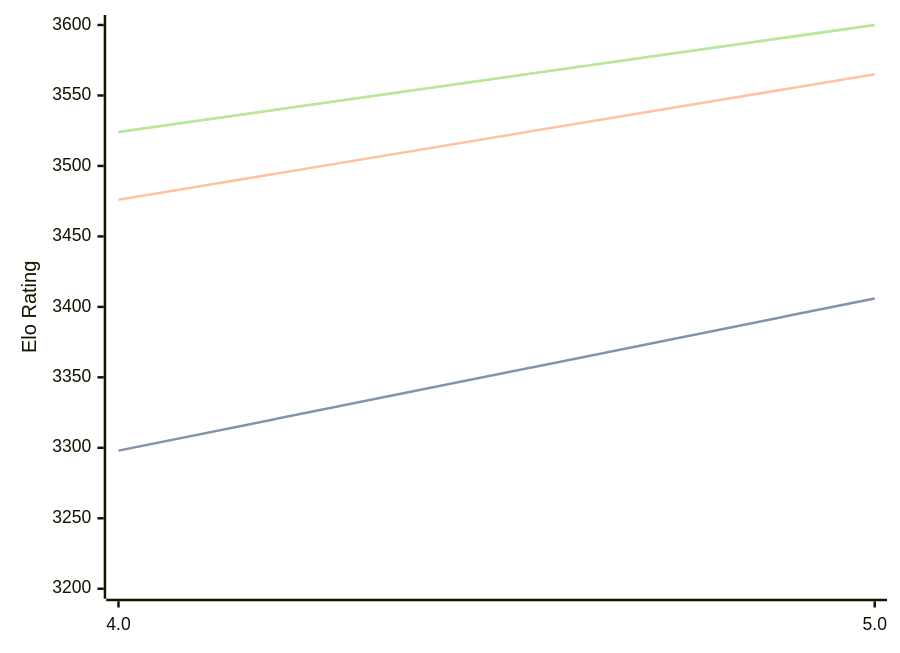
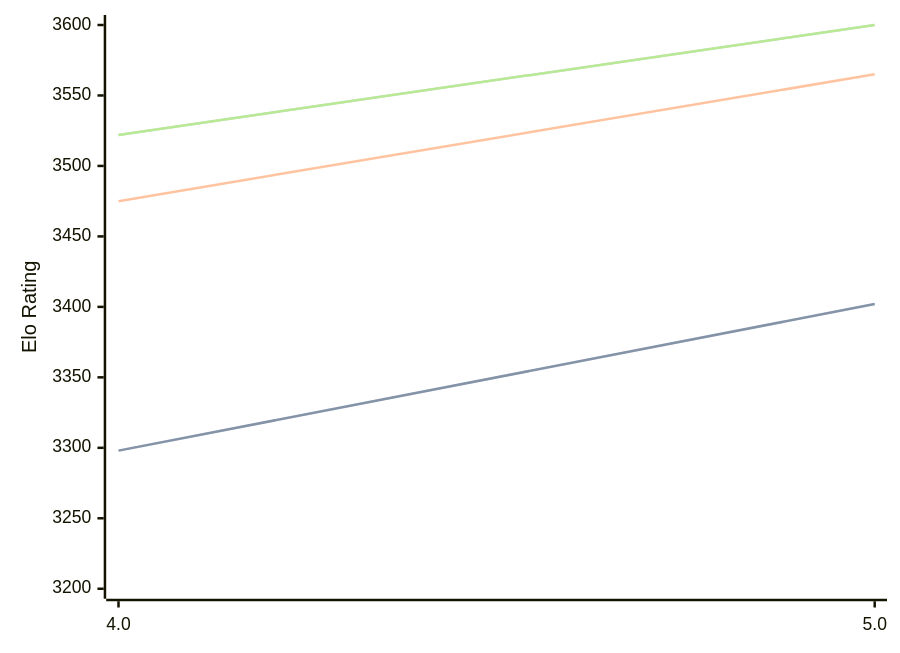
One commit to computer-chess-index/cci changed the diagram in engines/Tarnished.md. Above: the diagram before and after it, drawn with Mermaid. The commit also changed other lines of this file, not shown here.

Commit message:
Update CCI Ratings (ELO VLTC) - 2026-02-28

````diff
--- a/engines/Tarnished.md
+++ b/engines/Tarnished.md
@@ -34,11 +34,11 @@
 ```mermaid
 %%{init: {"theme":"base","themeVariables":{"seriesColors:['#a3a3a3','#222221','#faa371']}}}%%
 xychart-beta
   x-axis ["4.0", "5.0"]
   y-axis "Elo Rating" 3200 --> 3600
-  line "STC (8.0+0.08s)" [3298, 3406]
-  line "STC (8.0+0.08s)" [3298, 3406]
-  line "LTC (60.0+0.60s)" [3476, 3565]
-  line "VLTC (2m24s+1.12s)" [3524, 3600]
-  line "VLTC (2m24s+1.12s)" [3524, 3600]
+  line "STC (8.0+0.08s)" [3298, 3402]
+  line "STC (8.0+0.08s)" [3298, 3402]
+  line "LTC (60.0+0.60s)" [3475, 3565]
+  line "VLTC (2m24s+1.12s)" [3522, 3600]
+  line "VLTC (2m24s+1.12s)" [3522, 3600]
 ```
````
